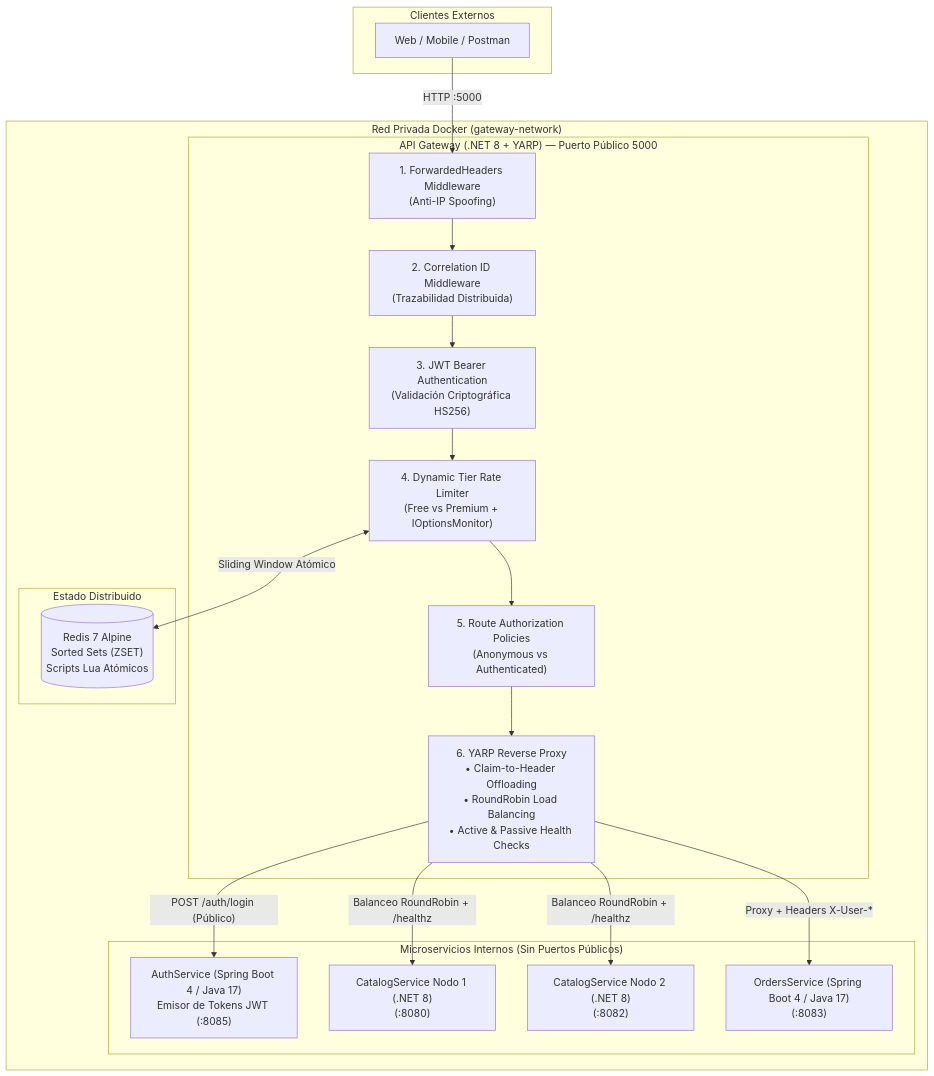
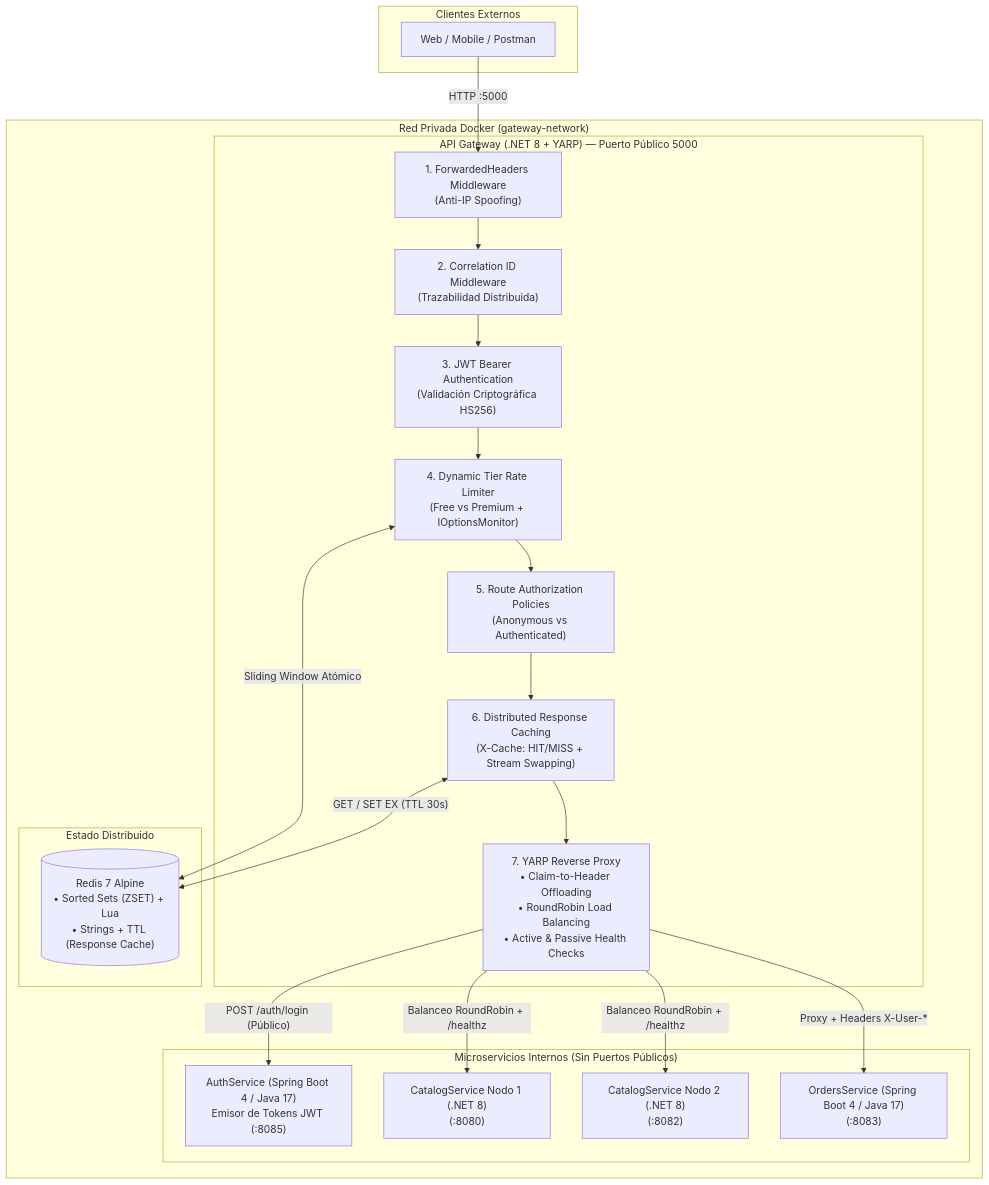
Before and after one commit to Ariel-Marcelo/cloud-native-api-gateway: the diagram in README.md, drawn with Mermaid. The commit also changed other lines of this file, not shown here.

Commit message:
doc: cache responses

````diff
--- a/README.md
+++ b/README.md
@@ -9,37 +9,39 @@
 ```mermaid
 flowchart TD
     subgraph Clientes["Clientes Externos"]
         Client["Web / Mobile / Postman"]
     end
 
     subgraph DockerNet["Red Privada Docker (gateway-network)"]
         subgraph Edge["API Gateway (.NET 8 + YARP) — Puerto Público 5000"]
             FH["1. ForwardedHeaders Middleware<br/>(Anti-IP Spoofing)"]
             CID["2. Correlation ID Middleware<br/>(Trazabilidad Distribuida)"]
             JWT["3. JWT Bearer Authentication<br/>(Validación Criptográfica HS256)"]
             RL["4. Dynamic Tier Rate Limiter<br/>(Free vs Premium + IOptionsMonitor)"]
             AUTHZ["5. Route Authorization Policies<br/>(Anonymous vs Authenticated)"]
-            YARP["6. YARP Reverse Proxy<br/>• Claim-to-Header Offloading<br/>• RoundRobin Load Balancing<br/>• Active & Passive Health Checks"]
+            CACHE["6. Distributed Response Caching<br/>(X-Cache: HIT/MISS + Stream Swapping)"]
+            YARP["7. YARP Reverse Proxy<br/>• Claim-to-Header Offloading<br/>• RoundRobin Load Balancing<br/>• Active & Passive Health Checks"]
             
-            FH --> CID --> JWT --> RL --> AUTHZ --> YARP
+            FH --> CID --> JWT --> RL --> AUTHZ --> CACHE --> YARP
         end
 
         subgraph State["Estado Distribuido"]
-            REDIS[("Redis 7 Alpine<br/>Sorted Sets (ZSET)<br/>Scripts Lua Atómicos")]
+            REDIS[("Redis 7 Alpine<br/>• Sorted Sets (ZSET) + Lua<br/>• Strings + TTL (Response Cache)")]
         end
 
         subgraph Downstream["Microservicios Internos (Sin Puertos Públicos)"]
             AUTH["AuthService (Spring Boot 4 / Java 17)<br/>Emisor de Tokens JWT (:8085)"]
             CAT1["CatalogService Nodo 1 (.NET 8)<br/>(:8080)"]
             CAT2["CatalogService Nodo 2 (.NET 8)<br/>(:8082)"]
             ORD["OrdersService (Spring Boot 4 / Java 17)<br/>(:8083)"]
         end
     end
 
     Client -->|"HTTP :5000"| FH
     RL <-->|"Sliding Window Atómico"| REDIS
+    CACHE <-->|"GET / SET EX (TTL 30s)"| REDIS
     YARP -->|"POST /auth/login (Público)"| AUTH
     YARP -->|"Balanceo RoundRobin + /healthz"| CAT1
     YARP -->|"Balanceo RoundRobin + /healthz"| CAT2
     YARP -->|"Proxy + Headers X-User-*"| ORD
 ```
````
